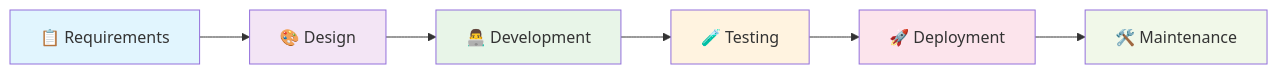
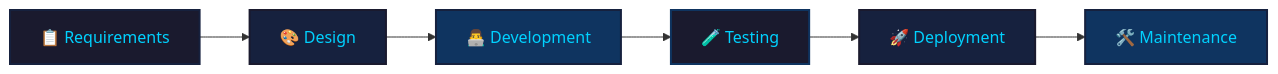
Before and after one commit to M-Fawzy2004/M-Fawzy2004: the diagram in README.md, drawn with Mermaid. The commit also changed other lines of this file, not shown here.

````diff
--- a/README.md
+++ b/README.md
@@ -174,15 +172,15 @@
 ```mermaid
 flowchart LR
     A[📋 Requirements] --> B[🎨 Design]
     B --> C[👨‍💻 Development]
     C --> D[🧪 Testing]
     D --> E[🚀 Deployment]
     E --> F[🛠️ Maintenance]
     
-    style A fill:#e1f5fe
-    style B fill:#f3e5f5
-    style C fill:#e8f5e8
-    style D fill:#fff3e0
-    style E fill:#fce4ec
-    style F fill:#f1f8e9
+    style A fill:#1a1a2e,stroke:#16213e,stroke-width:2px,color:#00d2ff
+    style B fill:#16213e,stroke:#1a1a2e,stroke-width:2px,color:#00d2ff
+    style C fill:#0f3460,stroke:#16213e,stroke-width:2px,color:#00d2ff
+    style D fill:#1a1a2e,stroke:#0f3460,stroke-width:2px,color:#00d2ff
+    style E fill:#16213e,stroke:#1a1a2e,stroke-width:2px,color:#00d2ff
+    style F fill:#0f3460,stroke:#16213e,stroke-width:2px,color:#00d2ff
 ```
````
